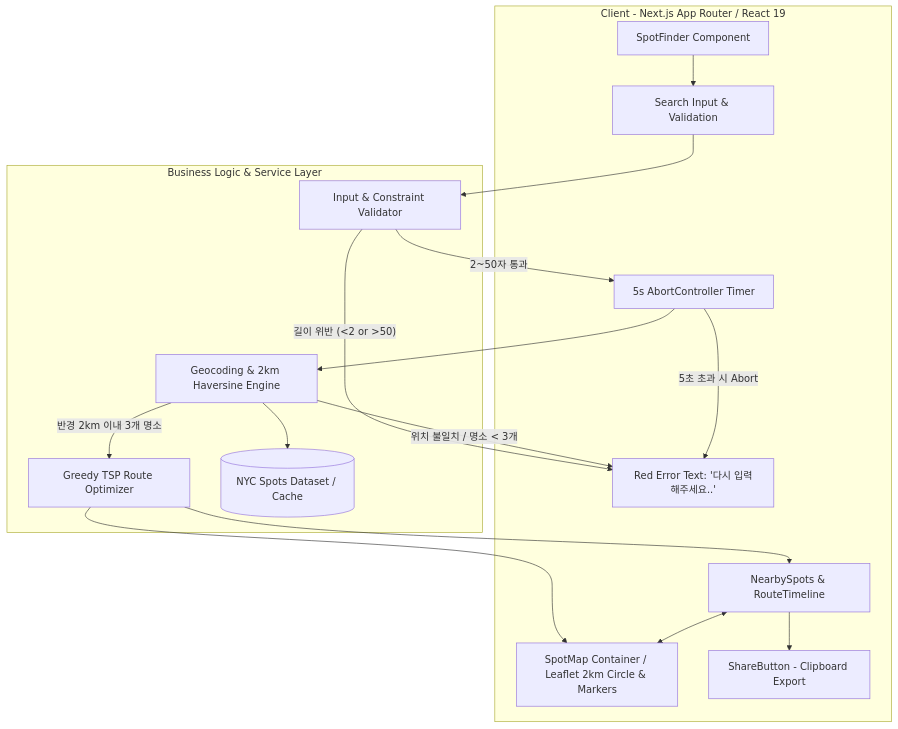
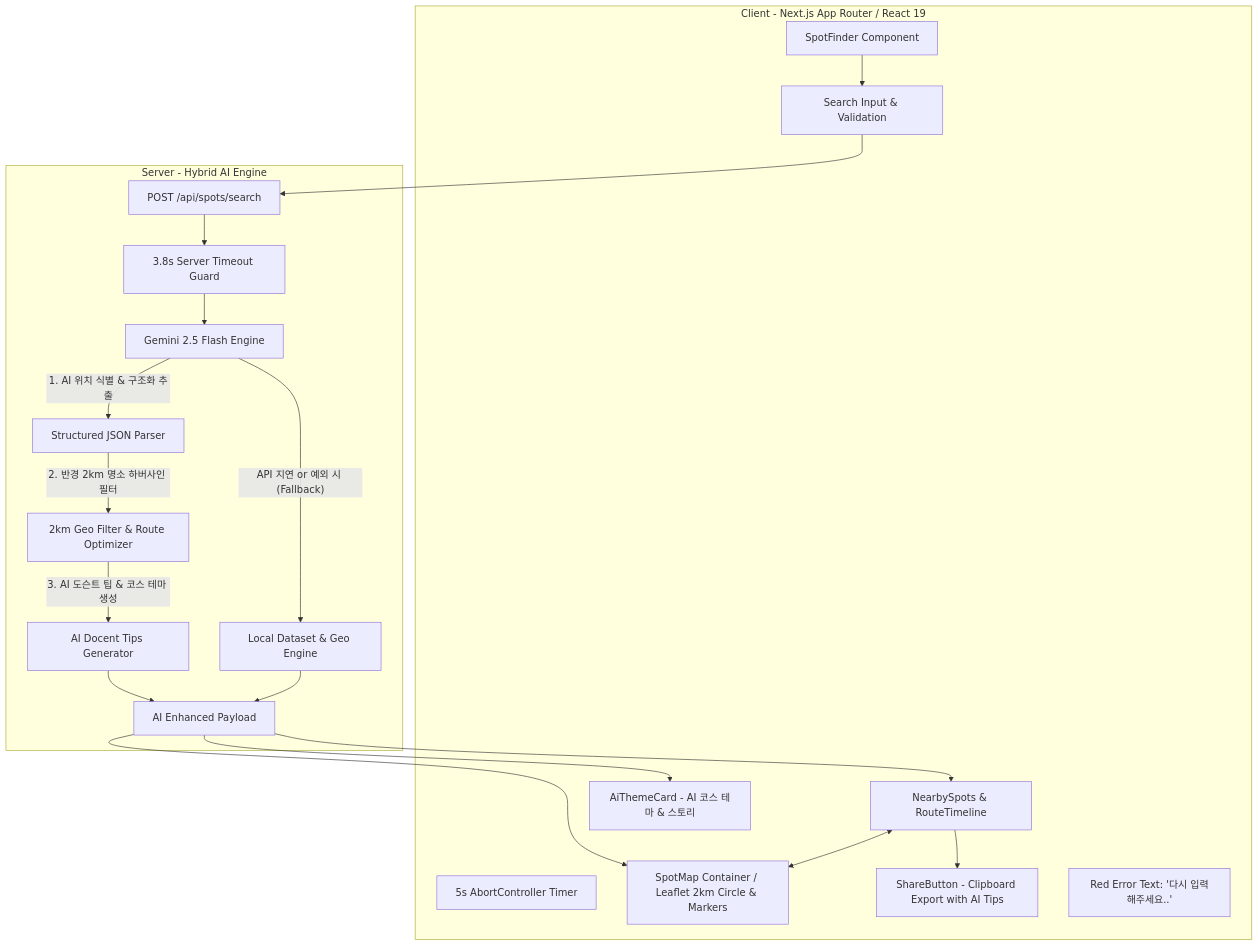
One commit to syuuuuunnnnnaaaaaaaa/nyc-2km--finder changed the first of 2 diagrams in docs/ARCHITECTURE.md. Above: the diagram before and after it, drawn with Mermaid. The commit also changed other lines of this file and 3 other files, not shown here.

Commit message:
feat(ai): complete AI Sprint D - share-button AI tips, architecture docs updated, full AI plan 100% implemented

````diff
--- a/docs/ARCHITECTURE.md
+++ b/docs/ARCHITECTURE.md
@@ -9,36 +9,40 @@
 ```mermaid
 flowchart TD
     subgraph Client [Client - Next.js App Router / React 19]
         UI[SpotFinder Component]
         Input[Search Input & Validation]
         TimerHook[5s AbortController Timer]
         ResultView[NearbySpots & RouteTimeline]
         MapView[SpotMap Container / Leaflet 2km Circle & Markers]
-        ShareBtn[ShareButton - Clipboard Export]
+        AiCard[AiThemeCard - AI 코스 테마 & 스토리]
+        ShareBtn[ShareButton - Clipboard Export with AI Tips]
         ErrorView[Red Error Text: '다시 입력해주세요..']
     end
 
-    subgraph ServiceLayer [Business Logic & Service Layer]
-        Validator[Input & Constraint Validator]
-        GeoEngine[Geocoding & 2km Haversine Engine]
-        RouteOptimizer[Greedy TSP Route Optimizer]
-        NYCDataset[(NYC Spots Dataset / Cache)]
+    subgraph ServerSide [Server - Hybrid AI Engine]
+        API[POST /api/spots/search]
+        Guard[3.8s Server Timeout Guard]
+        GeminiClient[Gemini 2.5 Flash Engine]
+        StructParser[Structured JSON Parser]
+        GeoFilter[2km Geo Filter & Route Optimizer]
+        Docent[AI Docent Tips Generator]
+        LocalEngine[Local Dataset & Geo Engine]
+        FinalPayload[AI Enhanced Payload]
     end
 
     UI --> Input
-    Input --> Validator
-    Validator -- "2~50자 통과" --> TimerHook
-    Validator -- "길이 위반 (<2 or >50)" --> ErrorView
-
-    TimerHook --> GeoEngine
-    TimerHook -- "5초 초과 시 Abort" --> ErrorView
-
-    GeoEngine --> NYCDataset
-    GeoEngine -- "위치 불일치 / 명소 < 3개" --> ErrorView
-    GeoEngine -- "반경 2km 이내 3개 명소" --> RouteOptimizer
-
-    RouteOptimizer --> ResultView
-    RouteOptimizer --> MapView
+    Input --> API
+    API --> Guard
+    Guard --> GeminiClient
+    GeminiClient -- "1. AI 위치 식별 & 구조화 추출" --> StructParser
+    StructParser -- "2. 반경 2km 명소 하버사인 필터" --> GeoFilter
+    GeoFilter -- "3. AI 도슨트 팁 & 코스 테마 생성" --> Docent
+    Docent --> FinalPayload
+    GeminiClient -- "API 지연 or 예외 시 (Fallback)" --> LocalEngine
+    LocalEngine --> FinalPayload
+    FinalPayload --> AiCard
+    FinalPayload --> MapView
+    FinalPayload --> ResultView
     ResultView --> ShareBtn
     ResultView <--> MapView
 ```
````
